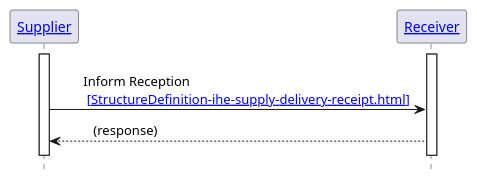
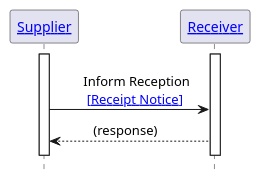
One commit to IHE/pharm-supply changed the diagram in input/images-source/pharm-s4.plantuml. Above: the diagram before and after it, drawn with PlantUML. The commit also changed 14 other files, not shown here.

```diff
--- a/input/images-source/pharm-s4.plantuml
+++ b/input/images-source/pharm-s4.plantuml
@@ -1,22 +1,22 @@
 @startuml
 
 hide footbox
 
 '!include ./style.iuml
 
 
 Participant "[[actors_and_transactions.html#supplier Supplier]]" as S
 Participant "[[actors_and_transactions.html#receiver Receiver]]" as R
 
 activate S
 activate R
 
 S -[hidden]> R
-S -> R: \tInform Reception \n\t [[PHARM-S3.html{Receipt Notice} ~[StructureDefinition-ihe-supply-delivery-receipt.html~]]]
+S -> R: \tInform Reception \n\t [[StructureDefinition-ihe-supply-delivery-receipt.html{Receipt Notice} ~[Receipt Notice~]]]
 S <-- R: \t(response)\t
 S -[hidden]> R
 
 deactivate S
 deactivate R
 
 @enduml
```
